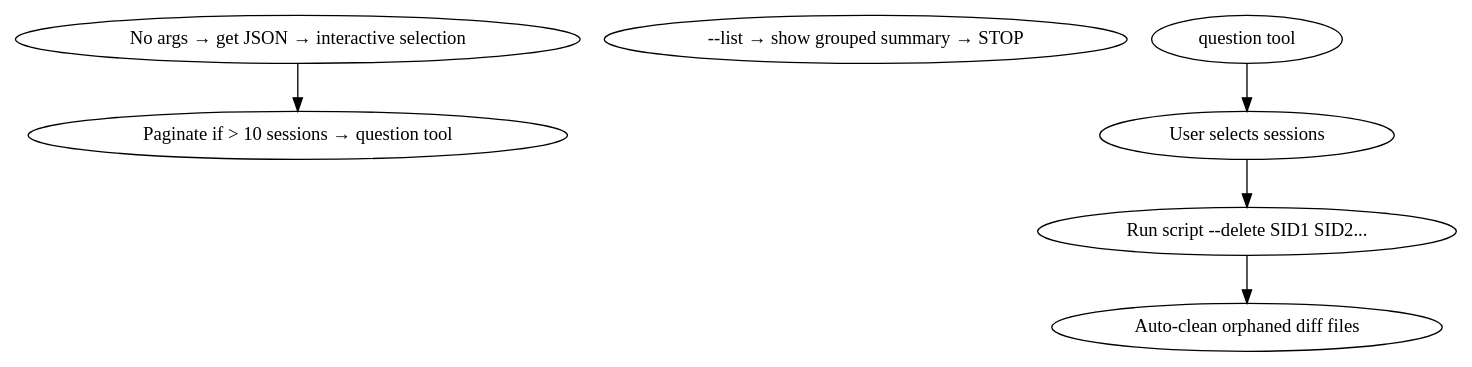
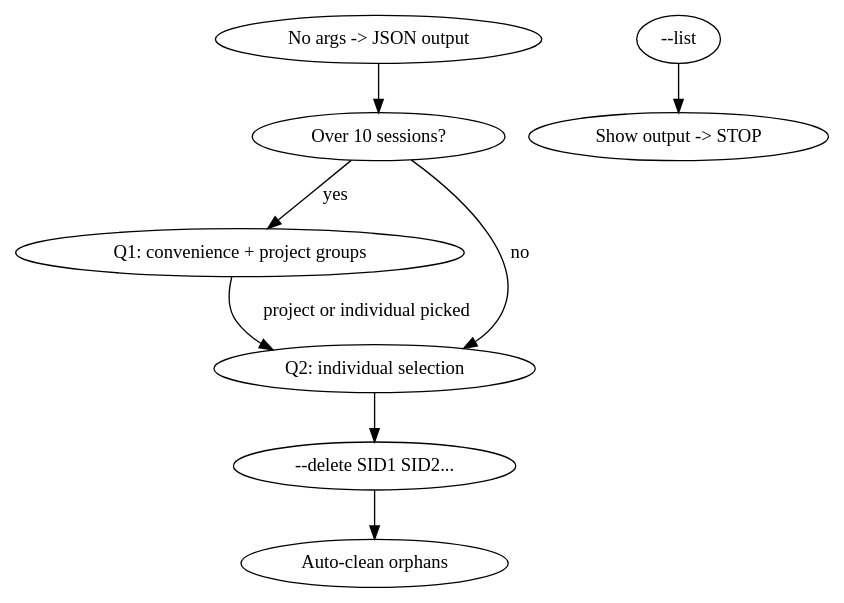
One commit to keeferwu/opencode-config changed the diagram in skills/session-clean/SKILL.md. Above: the diagram before and after it, drawn with Graphviz. The commit also changed other lines of this file and 1 other file, not shown here.

Commit message:
update skill session-clean

````diff
--- a/skills/session-clean/SKILL.md
+++ b/skills/session-clean/SKILL.md
@@ -19,10 +22,12 @@
 ```dot
 digraph session_clean {
-    rankdir=TB;
-    "No args → get JSON → interactive selection" -> "Paginate if > 10 sessions → question tool";
-    "--list → show grouped summary → STOP";
-    "question tool" -> "User selects sessions";
-    "User selects sessions" -> "Run script --delete SID1 SID2...";
-    "Run script --delete SID1 SID2..." -> "Auto-clean orphaned diff files";
+    rankdir=TB
+    "No args -> JSON output" -> "Over 10 sessions?";
+    "Over 10 sessions?" -> "Q1: convenience + project groups" [label="yes"];
+    "Over 10 sessions?" -> "Q2: individual selection" [label="no"];
+    "Q1: convenience + project groups" -> "Q2: individual selection" [label="project or individual picked"];
+    "Q2: individual selection" -> "--delete SID1 SID2...";
+    "--delete SID1 SID2..." -> "Auto-clean orphans";
+    "--list" -> "Show output -> STOP";
 }
 ```
````
